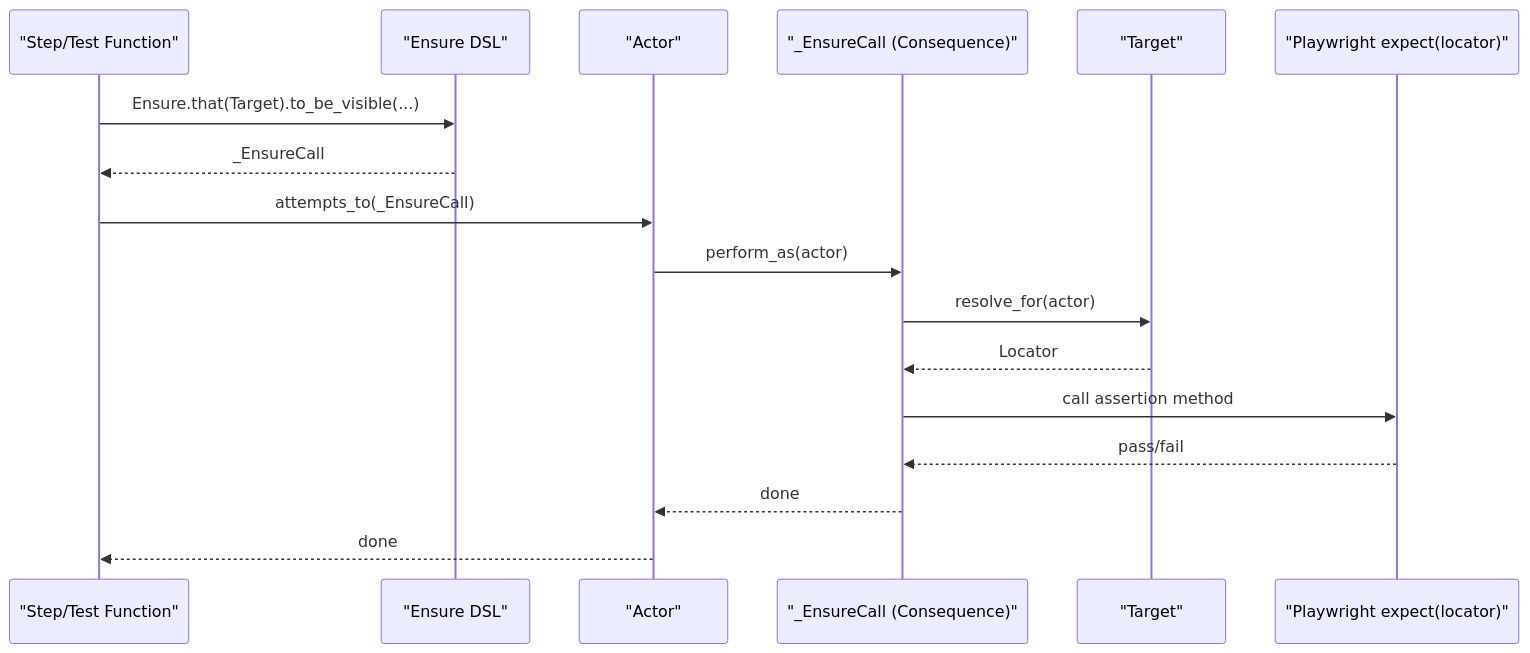
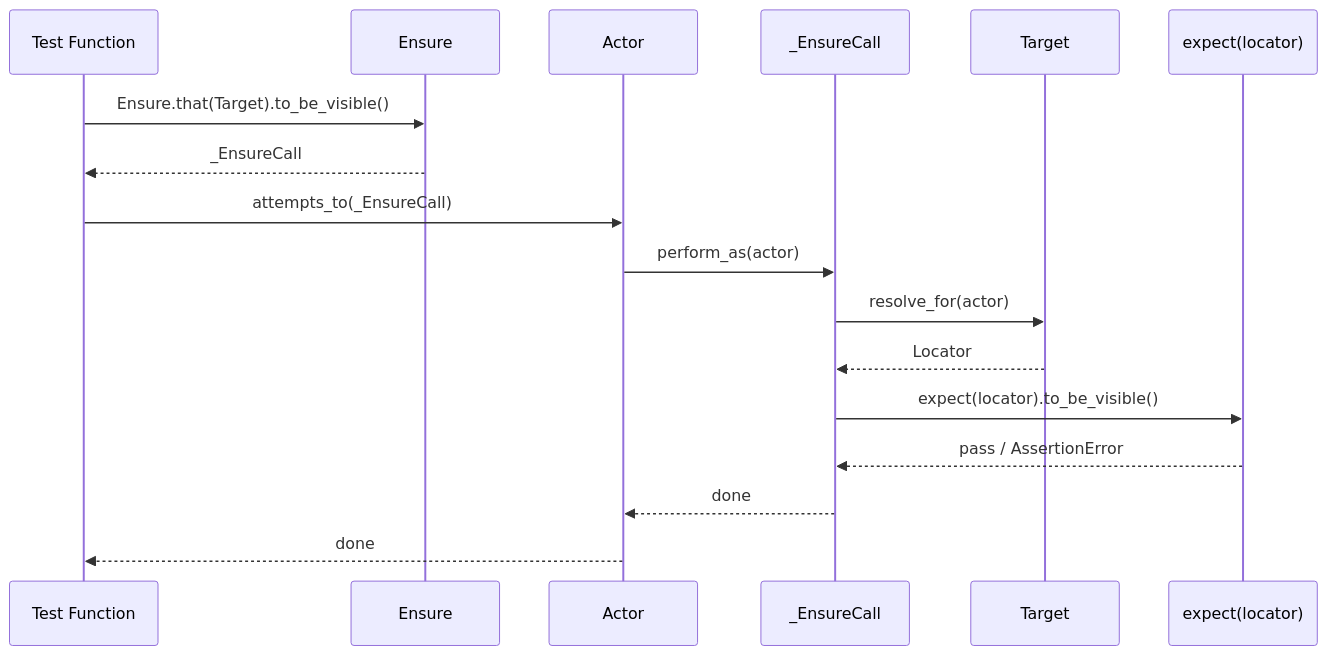
One commit to stansiris/playwright-pytest-screenplay-framework changed the sixth of 8 diagrams in docs/architecture.md. Above: the diagram before and after it, drawn with Mermaid. The commit also changed other lines of this file and 4 other files, not shown here.

````diff
--- a/docs/architecture.md
+++ b/docs/architecture.md
@@ -252,20 +274,20 @@
 ```mermaid
 sequenceDiagram
-  participant TestStep as "Step/Test Function"
-  participant EnsureDsl as "Ensure DSL"
-  participant ScreenActor as "Actor"
-  participant EnsureCall as "_EnsureCall (Consequence)"
-  participant UiTarget as "Target"
-  participant PWExpect as "Playwright expect(locator)"
+  participant Test as Test Function
+  participant Ensure
+  participant A as Actor
+  participant EnsureCall as _EnsureCall
+  participant Target
+  participant Playwright as expect(locator)
 
-  TestStep->>EnsureDsl: Ensure.that(Target).to_be_visible(...)
-  EnsureDsl-->>TestStep: _EnsureCall
-  TestStep->>ScreenActor: attempts_to(_EnsureCall)
-  ScreenActor->>EnsureCall: perform_as(actor)
-  EnsureCall->>UiTarget: resolve_for(actor)
-  UiTarget-->>EnsureCall: Locator
-  EnsureCall->>PWExpect: call assertion method
-  PWExpect-->>EnsureCall: pass/fail
-  EnsureCall-->>ScreenActor: done
-  ScreenActor-->>TestStep: done
+  Test->>Ensure: Ensure.that(Target).to_be_visible()
+  Ensure-->>Test: _EnsureCall
+  Test->>A: attempts_to(_EnsureCall)
+  A->>EnsureCall: perform_as(actor)
+  EnsureCall->>Target: resolve_for(actor)
+  Target-->>EnsureCall: Locator
+  EnsureCall->>Playwright: expect(locator).to_be_visible()
+  Playwright-->>EnsureCall: pass / AssertionError
+  EnsureCall-->>A: done
+  A-->>Test: done
 ```
````
